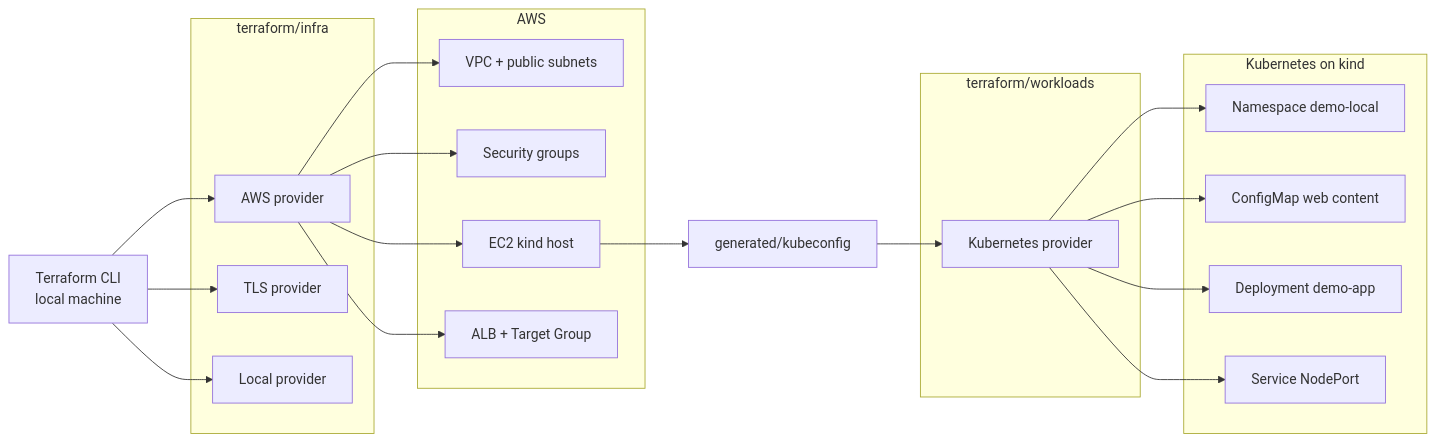
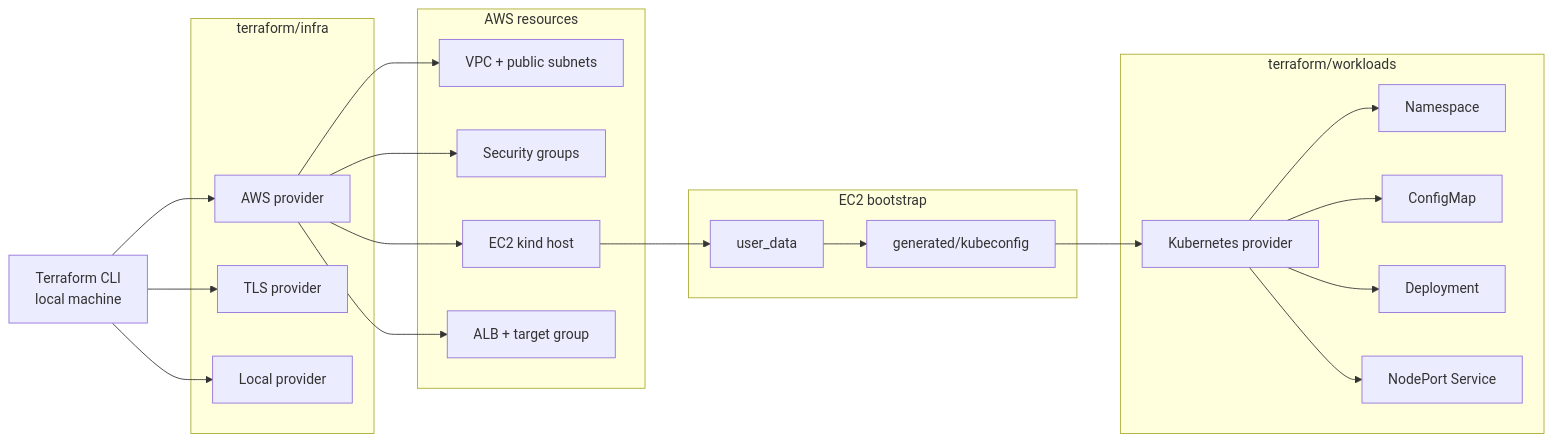
The second of 3 diagrams in cloud/w8/projects/project-01-ec2-kind-alb/EVIDENCE.md (G-03-XBrain-Phase-2/hoangson-aws-accelerator-p2), drawn with Mermaid before and after one commit. The commit also changed other lines of this file and 10 other files, not shown here.

````diff
--- a/cloud/w8/projects/project-01-ec2-kind-alb/EVIDENCE.md
+++ b/cloud/w8/projects/project-01-ec2-kind-alb/EVIDENCE.md
@@ -53,42 +51,45 @@
 ```mermaid
 flowchart LR
   tf[Terraform CLI<br/>local machine]
 
-  subgraph InfraStack[terraform/infra]
-    awsProvider[AWS provider]
-    tlsProvider[TLS provider]
-    localProvider[Local provider]
+  subgraph Infra[terraform/infra]
+    aws[AWS provider]
+    tls[TLS provider]
+    local[Local provider]
   end
 
-  subgraph WorkloadStack[terraform/workloads]
-    k8sProvider[Kubernetes provider]
-  end
-
-  subgraph AWS[AWS]
+  subgraph AWS[AWS resources]
     vpc[VPC + public subnets]
     sg[Security groups]
     instance[EC2 kind host]
-    lb[ALB + Target Group]
+    lb[ALB + target group]
   end
 
-  subgraph K8S[Kubernetes on kind]
-    ns[Namespace demo-local]
-    cm[ConfigMap web content]
-    dep[Deployment demo-app]
-    service[Service NodePort]
+  subgraph Runtime[EC2 bootstrap]
+    userdata[user_data]
+    kubeconfig[generated/kubeconfig]
   end
 
-  tf --> awsProvider
-  tf --> tlsProvider
-  tf --> localProvider
-  awsProvider --> vpc
-  awsProvider --> sg
-  awsProvider --> instance
-  awsProvider --> lb
-  instance --> kubeconfig[generated/kubeconfig]
-  kubeconfig --> k8sProvider
-  k8sProvider --> ns
-  k8sProvider --> cm
-  k8sProvider --> dep
-  k8sProvider --> service
+  subgraph Workloads[terraform/workloads]
+    k8s[Kubernetes provider]
+    ns[Namespace]
+    cm[ConfigMap]
+    dep[Deployment]
+    service[NodePort Service]
+  end
+
+  tf --> aws
+  tf --> tls
+  tf --> local
+  aws --> vpc
+  aws --> sg
+  aws --> instance
+  aws --> lb
+  instance --> userdata
+  userdata --> kubeconfig
+  kubeconfig --> k8s
+  k8s --> ns
+  k8s --> cm
+  k8s --> dep
+  k8s --> service
 ```
````
